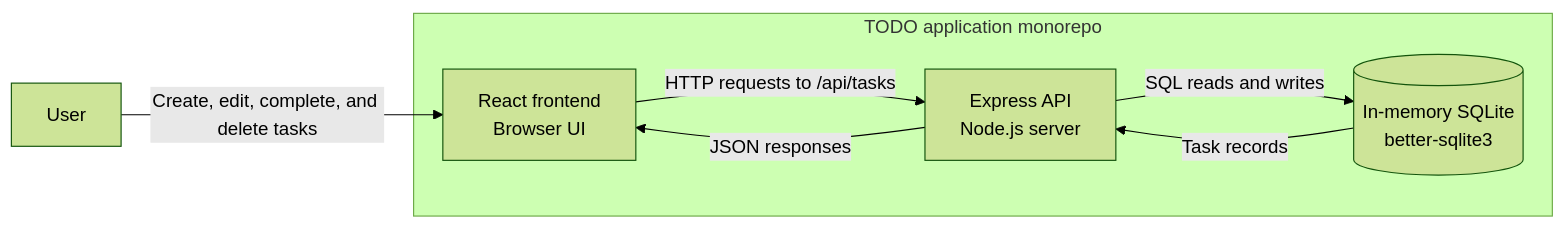
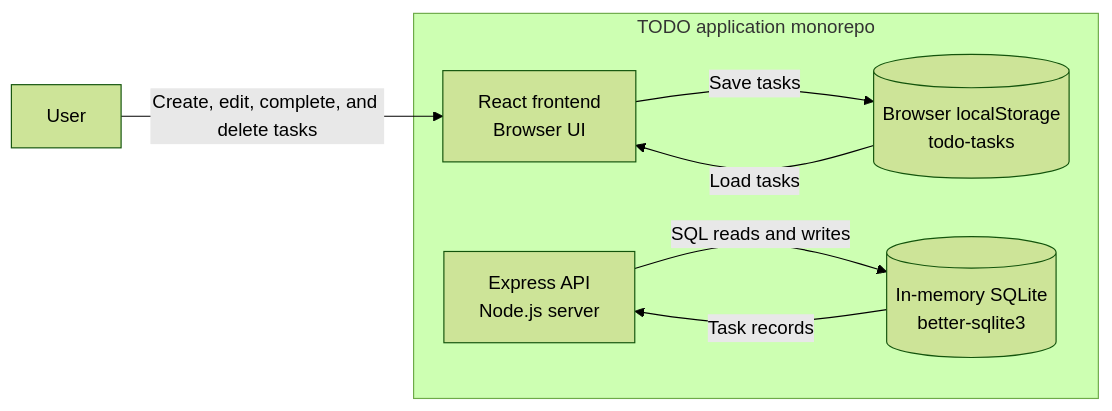
The first of 2 diagrams in docs/cloud-architecture-overview.md (yehiaitani01/ae-bootcamp-session-3), drawn with Mermaid (forest theme) before and after one commit. The commit also changed other lines of this file and 7 other files, not shown here.

````diff
--- a/docs/cloud-architecture-overview.md
+++ b/docs/cloud-architecture-overview.md
@@ -7,14 +7,15 @@
 ```mermaid
 flowchart LR
     user["User"]
     subgraph monorepo["TODO application monorepo"]
         frontend["React frontend<br/>Browser UI"]
+        local[("Browser localStorage<br/>todo-tasks")]
         api["Express API<br/>Node.js server"]
         store[("In-memory SQLite<br/>better-sqlite3")]
     end
     user -->|"Create, edit, complete, and delete tasks"| frontend
-    frontend -->|"HTTP requests to /api/tasks"| api
-    api -->|"JSON responses"| frontend
+    frontend -->|"Save tasks"| local
+    local -->|"Load tasks"| frontend
     api -->|"SQL reads and writes"| store
     store -->|"Task records"| api
 ```
````
